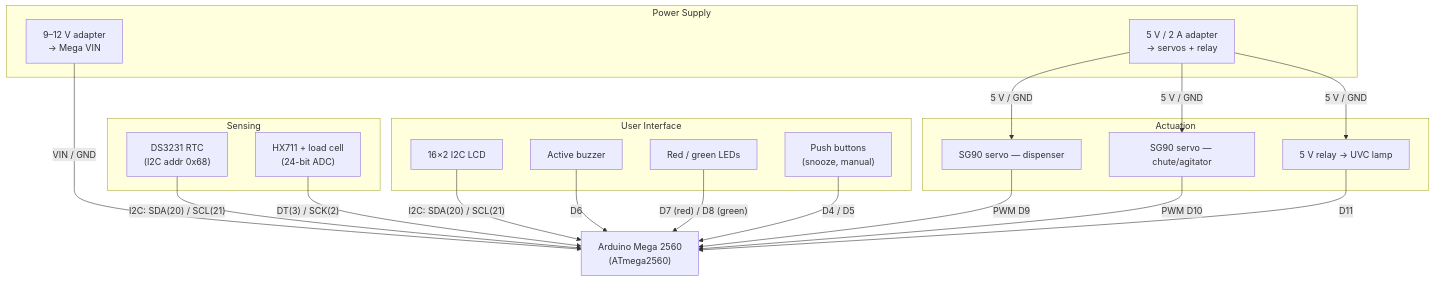
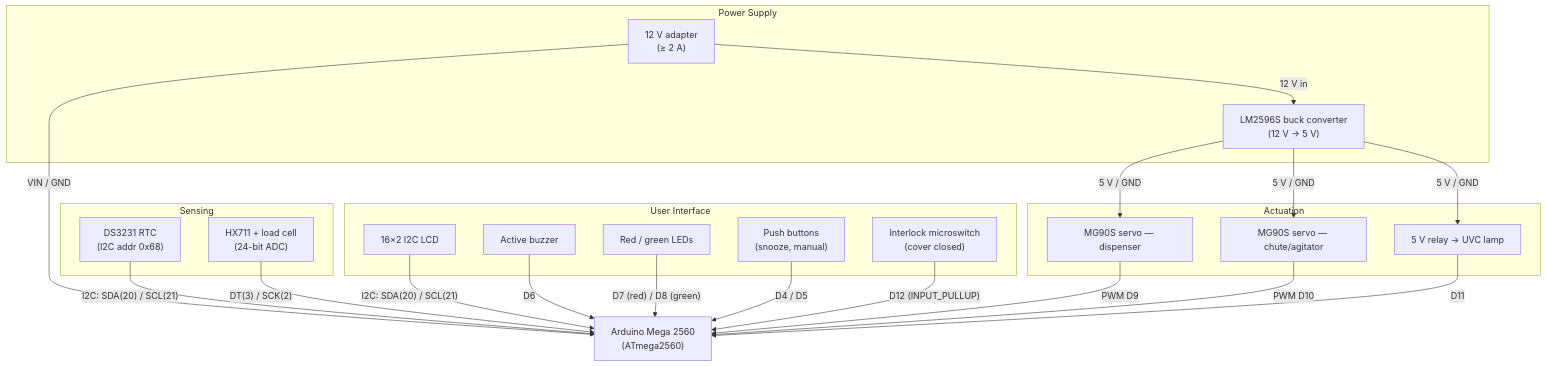
One commit to qppd/pill-dispenser changed the diagram in docs/block-diagram.md. Above: the diagram before and after it, drawn with Mermaid. The commit also changed other lines of this file and 14 other files, not shown here.

````diff
--- a/docs/block-diagram.md
+++ b/docs/block-diagram.md
@@ -7,42 +7,45 @@
 ```mermaid
 flowchart TB
     subgraph PWR["Power Supply"]
-        P1["9–12 V adapter<br/>→ Mega VIN"]
-        P2["5 V / 2 A adapter<br/>→ servos + relay"]
+        P1["12 V adapter<br/>(≥ 2 A)"]
+        P2["LM2596S buck converter<br/>(12 V → 5 V)"]
     end
 
     subgraph SENS["Sensing"]
         S1["DS3231 RTC<br/>(I2C addr 0x68)"]
         S2["HX711 + load cell<br/>(24-bit ADC)"]
     end
 
     subgraph UI["User Interface"]
         U1["16×2 I2C LCD"]
         U2["Active buzzer"]
         U3["Red / green LEDs"]
         U4["Push buttons<br/>(snooze, manual)"]
+        U5["Interlock microswitch<br/>(cover closed)"]
     end
 
     subgraph ACT["Actuation"]
-        A1["SG90 servo — dispenser"]
-        A2["SG90 servo — chute/agitator"]
+        A1["MG90S servo — dispenser"]
+        A2["MG90S servo — chute/agitator"]
         A3["5 V relay → UVC lamp"]
     end
 
     MCU["Arduino Mega 2560<br/>(ATmega2560)"]
 
     P1 -- "VIN / GND" --> MCU
+    P1 -- "12 V in" --> P2
     P2 -- "5 V / GND" --> A1
     P2 -- "5 V / GND" --> A2
     P2 -- "5 V / GND" --> A3
 
     S1 -- "I2C: SDA(20) / SCL(21)" --> MCU
     S2 -- "DT(3) / SCK(2)" --> MCU
     U1 -- "I2C: SDA(20) / SCL(21)" --> MCU
     U2 -- "D6" --> MCU
     U3 -- "D7 (red) / D8 (green)" --> MCU
     U4 -- "D4 / D5" --> MCU
+    U5 -- "D12 (INPUT_PULLUP)" --> MCU
     A1 -- "PWM D9" --> MCU
     A2 -- "PWM D10" --> MCU
     A3 -- "D11" --> MCU
 ```
````
